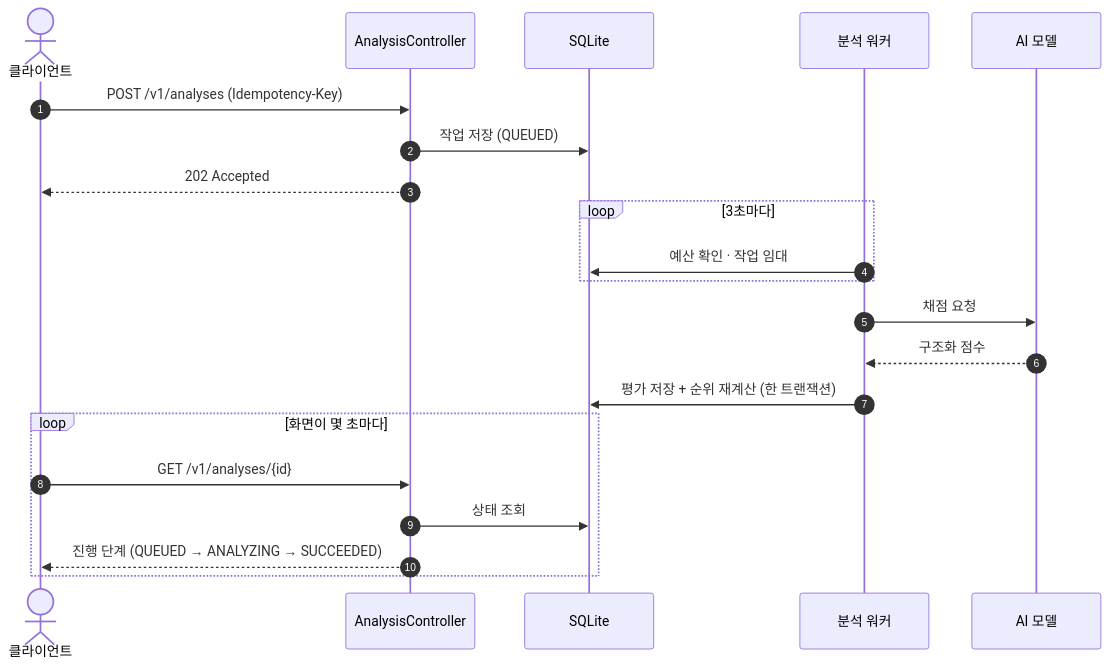
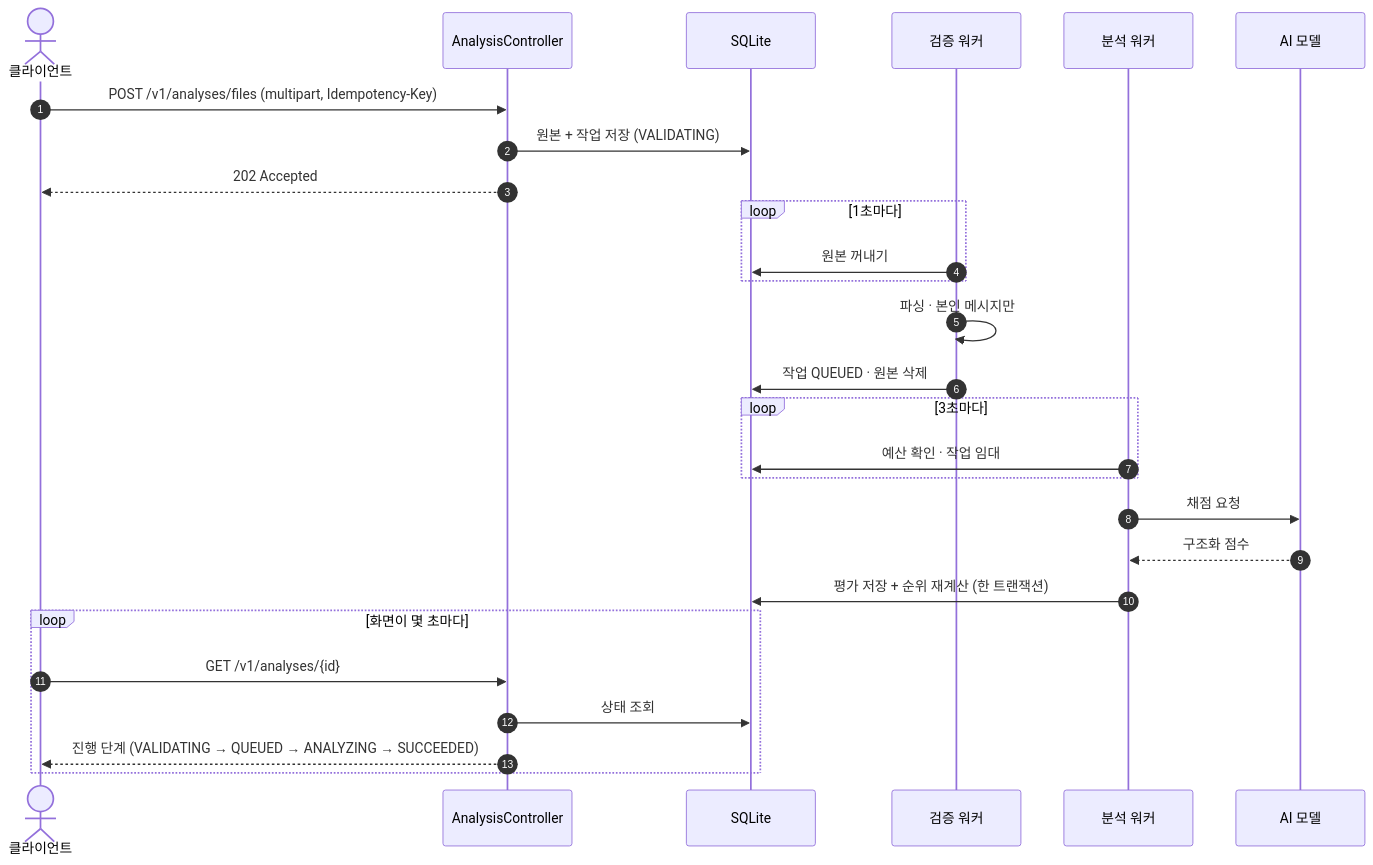
The diagram in backend/README.md (yooni9ue/santacut), drawn with Mermaid before and after one commit. The commit also changed other lines of this file and 6 other files, not shown here.

First line of the commit message:
docs(backend): README와 그림을 현재 API·ERD·흐름에 맞춘다

````diff
--- a/backend/README.md
+++ b/backend/README.md
@@ -44,23 +62,29 @@
 ```mermaid
 sequenceDiagram
     autonumber
     actor C as 클라이언트
     participant API as AnalysisController
     participant DB as SQLite
+    participant V as 검증 워커
     participant W as 분석 워커
     participant AI as AI 모델
-    C->>API: POST /v1/analyses (Idempotency-Key)
-    API->>DB: 작업 저장 (QUEUED)
+    C->>API: POST /v1/analyses/files (multipart, Idempotency-Key)
+    API->>DB: 원본 + 작업 저장 (VALIDATING)
     API-->>C: 202 Accepted
+    loop 1초마다
+        V->>DB: 원본 꺼내기
+    end
+    V->>V: 파싱 · 본인 메시지만
+    V->>DB: 작업 QUEUED · 원본 삭제
     loop 3초마다
         W->>DB: 예산 확인 · 작업 임대
     end
     W->>AI: 채점 요청
     AI-->>W: 구조화 점수
     W->>DB: 평가 저장 + 순위 재계산 (한 트랜잭션)
     loop 화면이 몇 초마다
         C->>API: GET /v1/analyses/{id}
         API->>DB: 상태 조회
-        API-->>C: 진행 단계 (QUEUED → ANALYZING → SUCCEEDED)
+        API-->>C: 진행 단계 (VALIDATING → QUEUED → ANALYZING → SUCCEEDED)
     end
 ```
````
